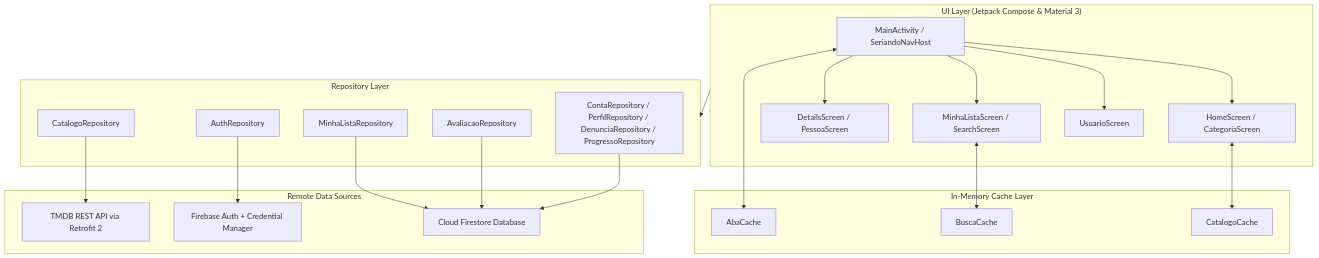
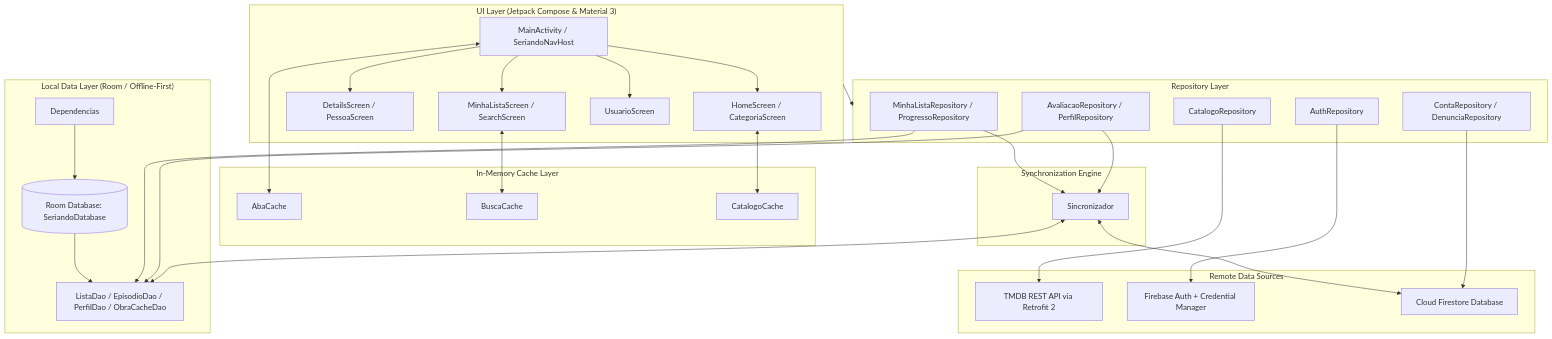
The first of 2 diagrams in README.md (Lucksander/Seriando), drawn with Mermaid before and after one commit. The commit also changed other lines of this file and 49 other files, not shown here.

First line of the commit message:
Implementa arquitetura offline-first com Room

````diff
--- a/README.md
+++ b/README.md
@@ -57,38 +63,51 @@
 ```mermaid
 flowchart TD
     subgraph UI ["UI Layer (Jetpack Compose & Material 3)"]
         A[MainActivity / SeriandoNavHost] --> B[HomeScreen / CategoriaScreen]
         A --> C[DetailsScreen / PessoaScreen]
         A --> D[MinhaListaScreen / SearchScreen]
         A --> E[UsuarioScreen]
     end
 
     subgraph Cache ["In-Memory Cache Layer"]
         F[AbaCache]
         G[BuscaCache]
         H[CatalogoCache]
     end
 
     subgraph Repositories ["Repository Layer"]
         I[AuthRepository]
         J[CatalogoRepository]
-        K[MinhaListaRepository]
-        L[AvaliacaoRepository]
-        M[ContaRepository / PerfilRepository / DenunciaRepository / ProgressoRepository]
+        K[MinhaListaRepository / ProgressoRepository]
+        L[AvaliacaoRepository / PerfilRepository]
+        M[ContaRepository / DenunciaRepository]
     end
 
-    subgraph DataSources ["Remote Data Sources"]
-        N[TMDB REST API via Retrofit 2]
-        O[Firebase Auth + Credential Manager]
-        P[Cloud Firestore Database]
+    subgraph LocalData ["Local Data Layer (Room / Offline-First)"]
+        N[Dependencias] --> O[(Room Database: SeriandoDatabase)]
+        O --> P[ListaDao / EpisodioDao / PerfilDao / ObraCacheDao]
+    end
+
+    subgraph SyncEngine ["Synchronization Engine"]
+        Q[Sincronizador]
+    end
+
+    subgraph RemoteDataSources ["Remote Data Sources"]
+        R[TMDB REST API via Retrofit 2]
+        S[Firebase Auth + Credential Manager]
+        T[Cloud Firestore Database]
     end
 
     B <--> H
     D <--> G
     A <--> F
 
     UI --> Repositories
-    J --> N
-    I --> O
-    K & L & M --> P
+    J --> R
+    I --> S
+    K & L --> P
+    K & L --> Q
+    Q <--> P
+    Q <--> T
+    M --> T
 ```
````
